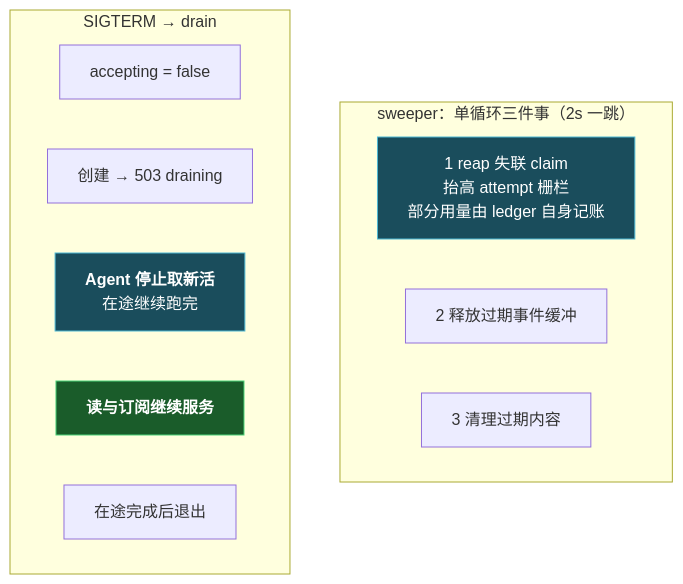
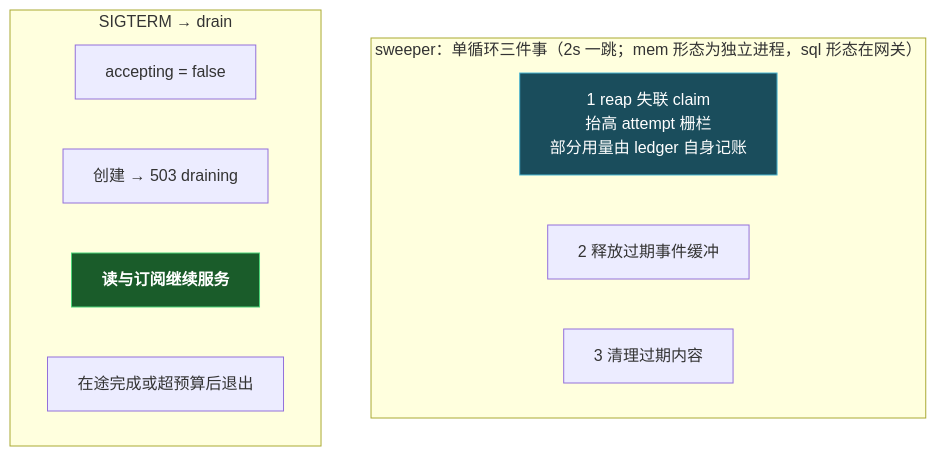
One commit to charleslyh/nova-chat changed the ninth of 9 diagrams in docs/design/00-architecture-review.md. Above: the diagram before and after it, drawn with Mermaid. The commit also changed other lines of this file and 91 other files, not shown here.

````diff
--- a/docs/design/00-architecture-review.md
+++ b/docs/design/00-architecture-review.md
@@ -617,20 +629,18 @@
 ```mermaid
 graph TB
-    subgraph SW["sweeper：单循环三件事（2s 一跳）"]
+    subgraph SW["sweeper：单循环三件事（2s 一跳；mem 形态为独立进程，sql 形态在网关）"]
         T1["1 reap 失联 claim<br/>抬高 attempt 栅栏<br/>部分用量由 ledger 自身记账"]
         T2["2 释放过期事件缓冲"]
         T3["3 清理过期内容"]
     end
 
     subgraph DR["SIGTERM → drain"]
         D1["accepting = false"]
         D2["创建 → 503 draining"]
-        D5["<b>Agent 停止取新活</b><br/>在途继续跑完"]
         D3["<b>读与订阅继续服务</b>"]
-        D4["在途完成后退出"]
+        D4["在途完成或超预算后退出"]
     end
 
     style T1 fill:#1a4d5c,stroke:#4db8d4,color:#fff
     style D3 fill:#1a5c2a,stroke:#4dd47a,color:#fff
-    style D5 fill:#1a4d5c,stroke:#4db8d4,color:#fff
 ```
````
